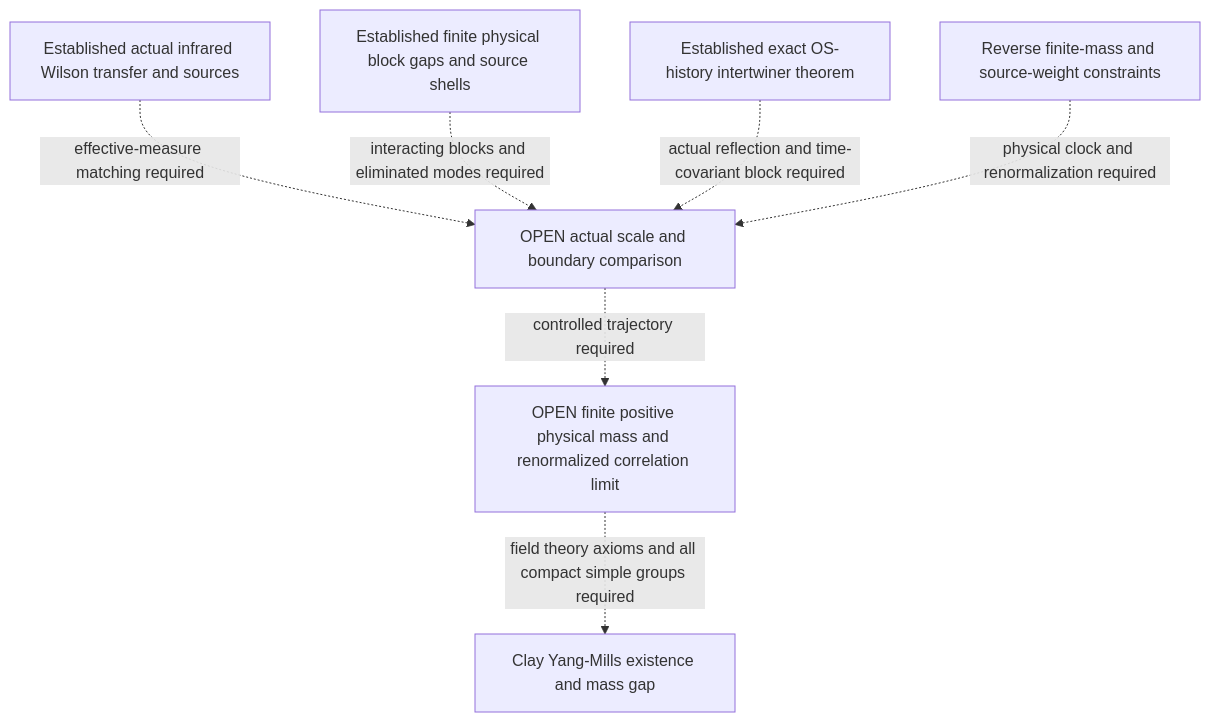
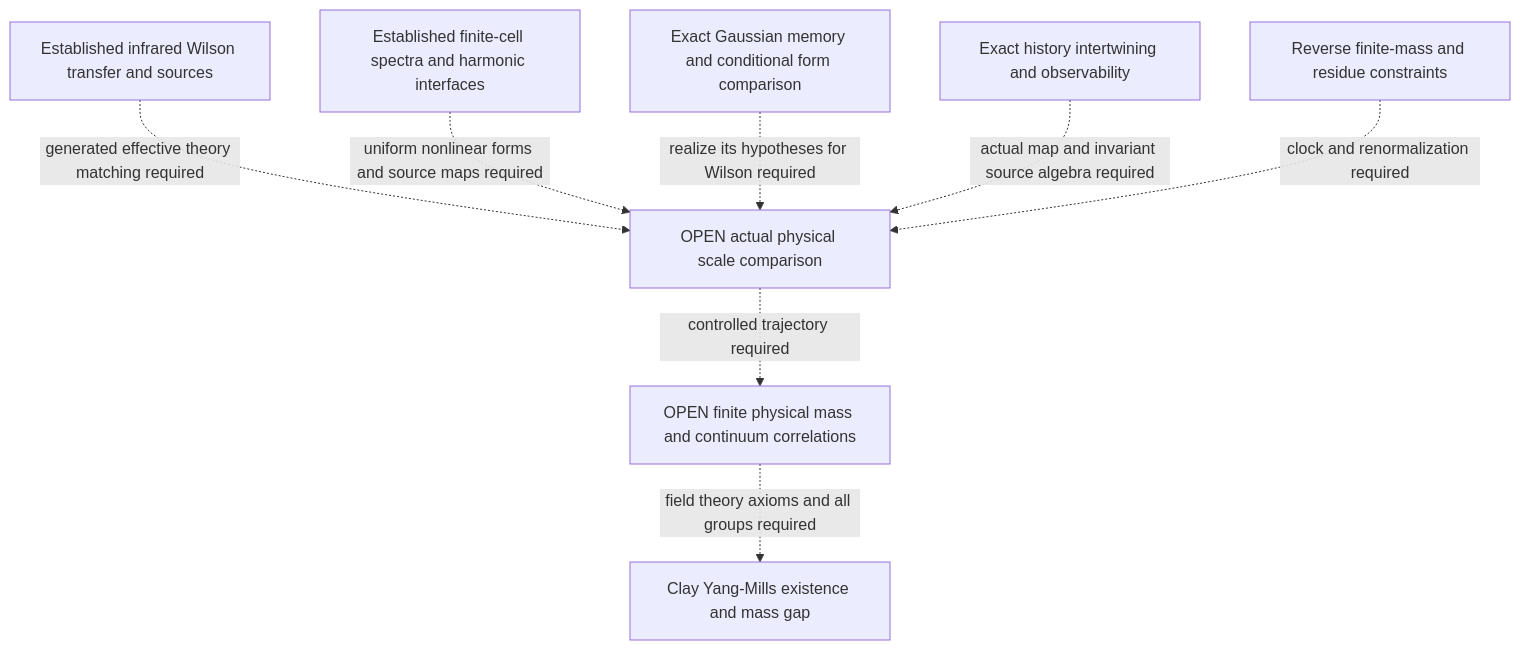
Before and after one commit to ats314/WORKHOUSE: the diagram in docs/research_goal.md, drawn with Mermaid. The commit also changed other lines of this file and 85 other files, not shown here.

Commit message:
Prove scale comparison with generated memory and Wilson boundary forms

````diff
--- a/docs/research_goal.md
+++ b/docs/research_goal.md
@@ -51,9 +69,10 @@
 ```mermaid
 flowchart TD
-  IR[Established actual infrared Wilson transfer and sources] -. effective-measure matching required .-> S[OPEN actual scale and boundary comparison]
-  UV[Established finite physical block gaps and source shells] -. interacting blocks and eliminated modes required .-> S
-  OS[Established exact OS-history intertwiner theorem] -. actual reflection and time-covariant block required .-> S
-  R[Reverse finite-mass and source-weight constraints] -. physical clock and renormalization required .-> S
-  S -. controlled trajectory required .-> L[OPEN finite positive physical mass and renormalized correlation limit]
-  L -. field theory axioms and all compact simple groups required .-> C[Clay Yang-Mills existence and mass gap]
+  IR[Established infrared Wilson transfer and sources] -. generated effective theory matching required .-> RG[OPEN actual physical scale comparison]
+  UV[Established finite-cell spectra and harmonic interfaces] -. uniform nonlinear forms and source maps required .-> RG
+  FM[Exact Gaussian memory and conditional form comparison] -. realize its hypotheses for Wilson required .-> RG
+  OS[Exact history intertwining and observability] -. actual map and invariant source algebra required .-> RG
+  R[Reverse finite-mass and residue constraints] -. clock and renormalization required .-> RG
+  RG -. controlled trajectory required .-> C[OPEN finite physical mass and continuum correlations]
+  C -. field theory axioms and all groups required .-> YM[Clay Yang-Mills existence and mass gap]
 ```
````
